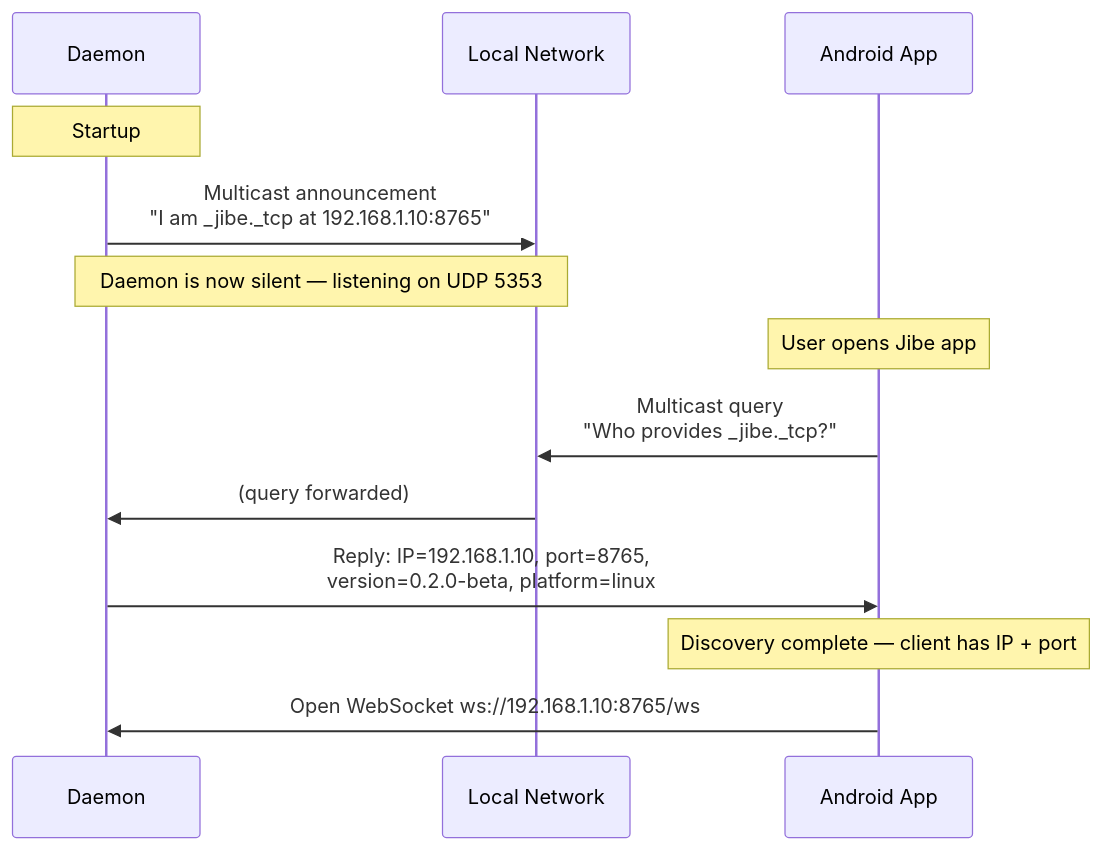
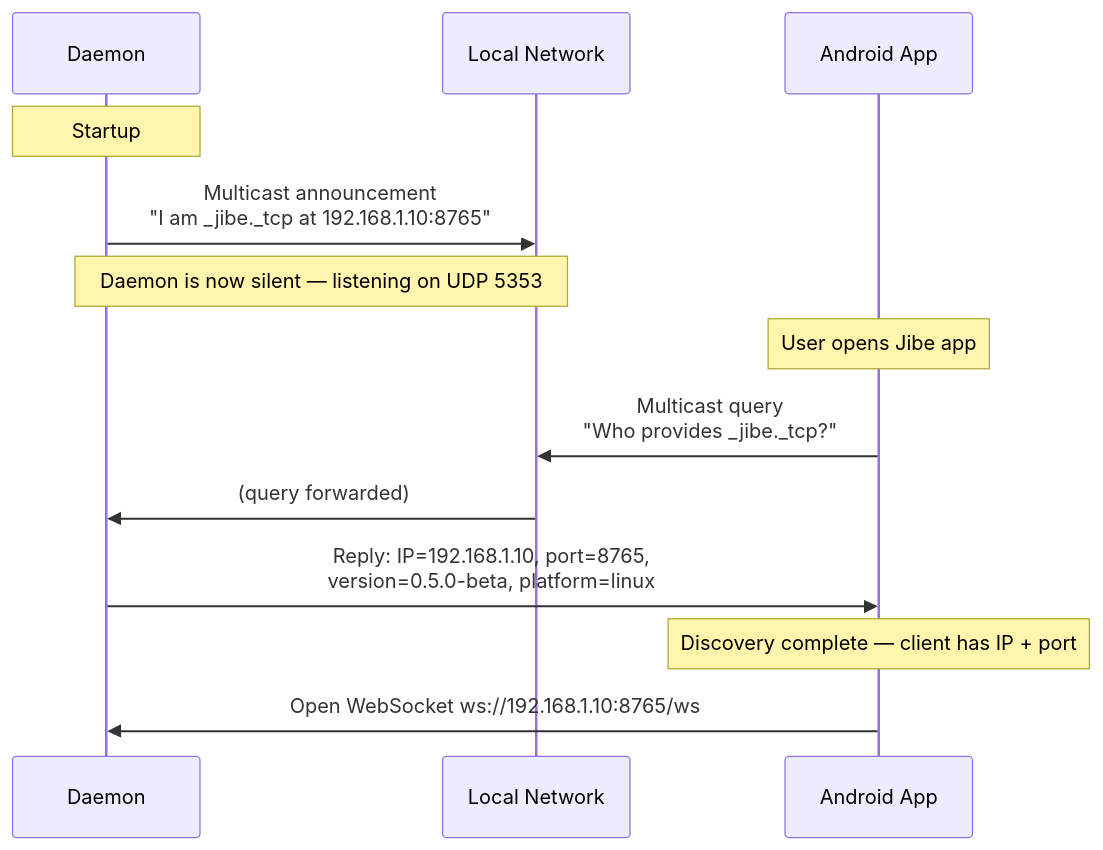
The first of 3 diagrams in docs/flows.md (gobbledyglomp/jibe), drawn with Mermaid before and after one commit. The commit also changed 2 other files, not shown here.

Commit message:
chore(release): bump version to 0.5.0-beta

````diff
--- a/docs/flows.md
+++ b/docs/flows.md
@@ -7,19 +7,19 @@
 ```mermaid
 sequenceDiagram
     participant Daemon
     participant LAN as Local Network
     participant Client as Android App
 
     Note over Daemon: Startup
     Daemon->>LAN: Multicast announcement<br/>"I am _jibe._tcp at 192.168.1.10:8765"
 
     Note over Daemon,LAN: Daemon is now silent — listening on UDP 5353
 
     Note over Client: User opens Jibe app
     Client->>LAN: Multicast query<br/>"Who provides _jibe._tcp?"
     LAN->>Daemon: (query forwarded)
-    Daemon->>Client: Reply: IP=192.168.1.10, port=8765,<br/>version=0.2.0-beta, platform=linux
+    Daemon->>Client: Reply: IP=192.168.1.10, port=8765,<br/>version=0.5.0-beta, platform=linux
 
     Note over Client: Discovery complete — client has IP + port
     Client->>Daemon: Open WebSocket ws://192.168.1.10:8765/ws
 ```
````
